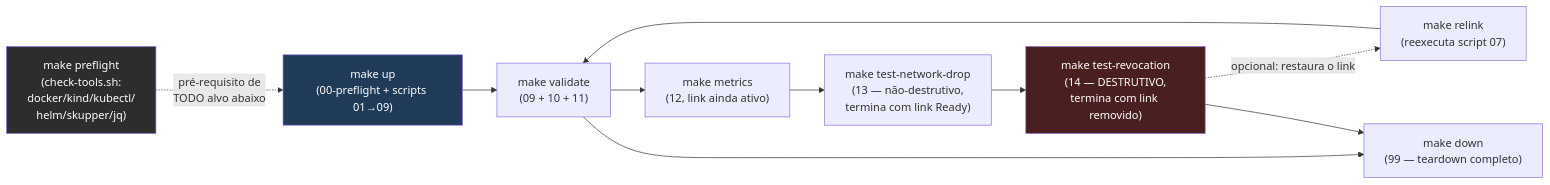
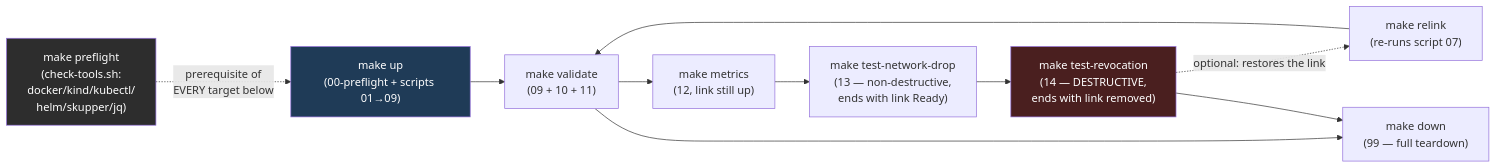
The seventh of 7 diagrams in docs/ARCHITECTURE.md (ericogr/poc-skupper), drawn with Mermaid before and after one commit. The commit also changed other lines of this file and 3 other files, not shown here.

First line of the commit message:
docs: adiciona versoes em ingles de README e ARCHITECTURE, PT-BR vira traducao

````diff
--- a/docs/ARCHITECTURE.md
+++ b/docs/ARCHITECTURE.md
@@ -248,17 +258,17 @@
 ```mermaid
 flowchart LR
     preflight["make preflight<br/>(check-tools.sh:<br/>docker/kind/kubectl/<br/>helm/skupper/jq)"]
-    preflight -.->|"pré-requisito de<br/>TODO alvo abaixo"| up["make up<br/>(00-preflight + scripts 01→09)"]
+    preflight -.->|"prerequisite of<br/>EVERY target below"| up["make up<br/>(00-preflight + scripts 01→09)"]
     up --> validate["make validate<br/>(09 + 10 + 11)"]
-    validate --> metrics["make metrics<br/>(12, link ainda ativo)"]
-    metrics --> drop["make test-network-drop<br/>(13 — não-destrutivo,<br/>termina com link Ready)"]
-    drop --> revoke["make test-revocation<br/>(14 — DESTRUTIVO,<br/>termina com link removido)"]
-    revoke -.->|"opcional: restaura o link"| relink["make relink<br/>(reexecuta script 07)"]
+    validate --> metrics["make metrics<br/>(12, link still up)"]
+    metrics --> drop["make test-network-drop<br/>(13 — non-destructive,<br/>ends with link Ready)"]
+    drop --> revoke["make test-revocation<br/>(14 — DESTRUCTIVE,<br/>ends with link removed)"]
+    revoke -.->|"optional: restores the link"| relink["make relink<br/>(re-runs script 07)"]
     relink --> validate
-    validate --> down["make down<br/>(99 — teardown completo)"]
+    validate --> down["make down<br/>(99 — full teardown)"]
     revoke --> down
 
     style revoke fill:#4a1f1f,color:#fff
     style up fill:#1f3b57,color:#fff
     style preflight fill:#2d2d2d,color:#fff
 ```
````
